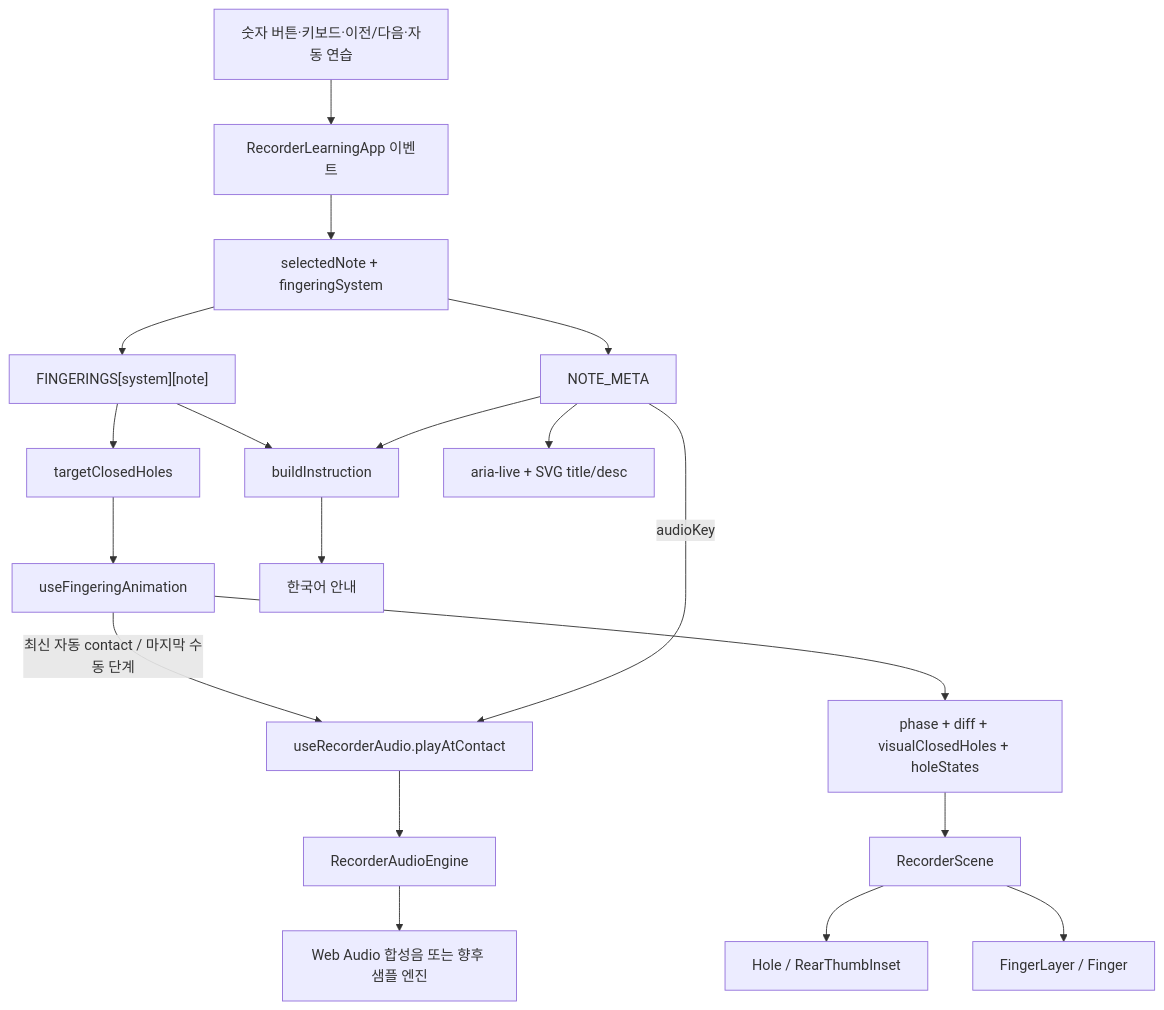
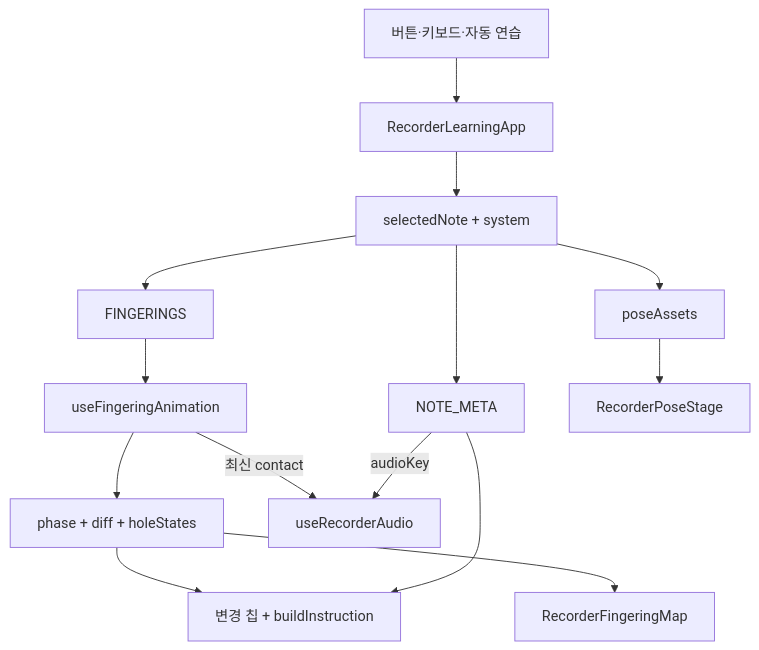
One commit to kimyounggaur/Recorder_Fingering_Edu changed the diagram in docs/architecture.md. Above: the diagram before and after it, drawn with Mermaid. The commit also changed other lines of this file and 23 other files, not shown here.

Commit message:
feat: remaster recorder fingering stage

````diff
--- a/docs/architecture.md
+++ b/docs/architecture.md
@@ -59,21 +58,16 @@
 ```mermaid
 flowchart TD
-  A["숫자 버튼·키보드·이전/다음·자동 연습"] --> B["RecorderLearningApp 이벤트"]
-  B --> C["selectedNote + fingeringSystem"]
+  A["버튼·키보드·자동 연습"] --> B["RecorderLearningApp"]
+  B --> C["selectedNote + system"]
   C --> D["NOTE_META"]
-  C --> E["FINGERINGS[system][note]"]
-  E --> F["targetClosedHoles"]
-  F --> G["useFingeringAnimation"]
-  G --> H["phase + diff + visualClosedHoles + holeStates"]
-  H --> I["RecorderScene"]
-  I --> J["Hole / RearThumbInset"]
-  I --> K["FingerLayer / Finger"]
-  E --> L["buildInstruction"]
-  D --> L
-  L --> M["한국어 안내"]
-  D --> N["aria-live + SVG title/desc"]
-  G -->|"최신 자동 contact / 마지막 수동 단계"| O["useRecorderAudio.playAtContact"]
-  D -->|"audioKey"| O
-  O --> P["RecorderAudioEngine"]
-  P --> Q["Web Audio 합성음 또는 향후 샘플 엔진"]
+  C --> E["FINGERINGS"]
+  C --> F["poseAssets"]
+  E --> G["useFingeringAnimation"]
+  G --> H["phase + diff + holeStates"]
+  F --> I["RecorderPoseStage"]
+  H --> J["RecorderFingeringMap"]
+  H --> K["변경 칩 + buildInstruction"]
+  D --> K
+  G -->|"최신 contact"| L["useRecorderAudio"]
+  D -->|"audioKey"| L
 ```
````
